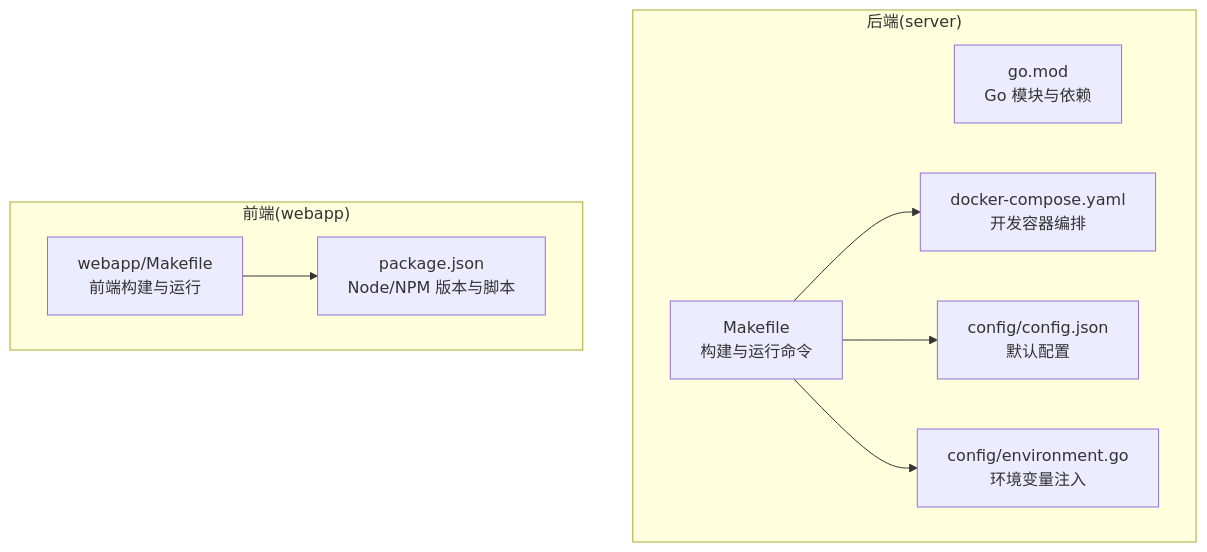
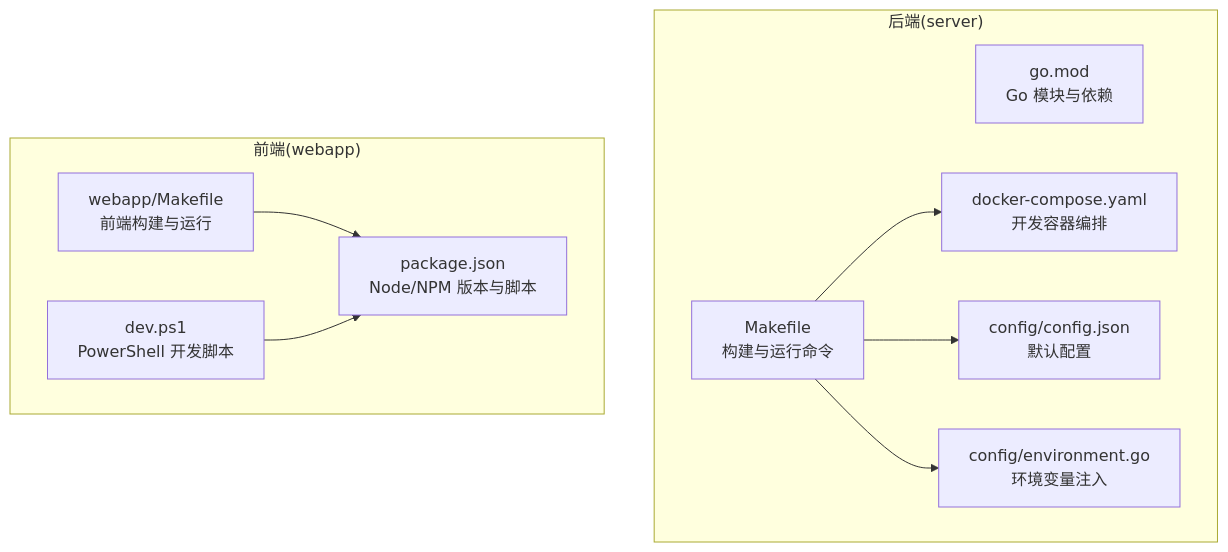
The first of 6 diagrams in .qoder/repowiki/zh/content/快速开始.md (frankMa-1993/mattermost), drawn with Mermaid before and after one commit. The commit also changed other lines of this file and 7 other files, not shown here.

````diff
--- a/.qoder/repowiki/zh/content/快速开始.md
+++ b/.qoder/repowiki/zh/content/快速开始.md
@@ -43,18 +44,20 @@
 ```mermaid
 graph TB
 subgraph "后端(server)"
 S1["go.mod<br/>Go 模块与依赖"]
 S2["Makefile<br/>构建与运行命令"]
 S3["docker-compose.yaml<br/>开发容器编排"]
 S4["config/config.json<br/>默认配置"]
 S5["config/environment.go<br/>环境变量注入"]
 end
 subgraph "前端(webapp)"
 W1["package.json<br/>Node/NPM 版本与脚本"]
 W2["webapp/Makefile<br/>前端构建与运行"]
+W3["dev.ps1<br/>PowerShell 开发脚本"]
 end
 S2 --> S3
 S2 --> S4
 S2 --> S5
 W2 --> W1
+W3 --> W1
 ```
````
